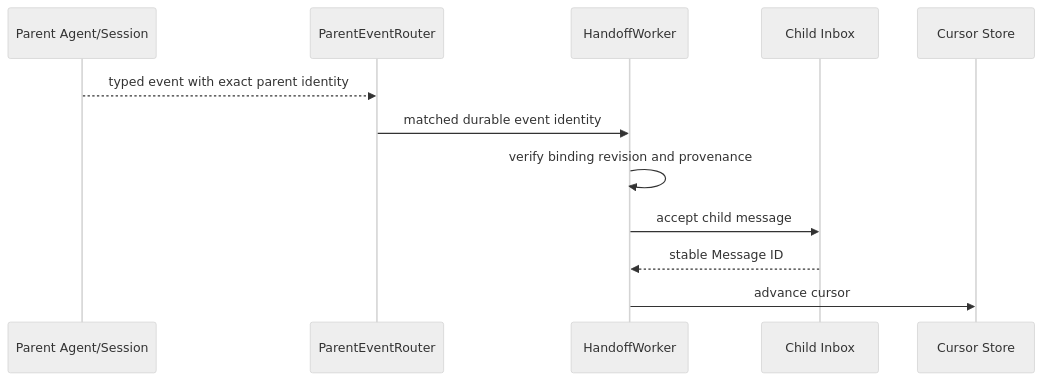
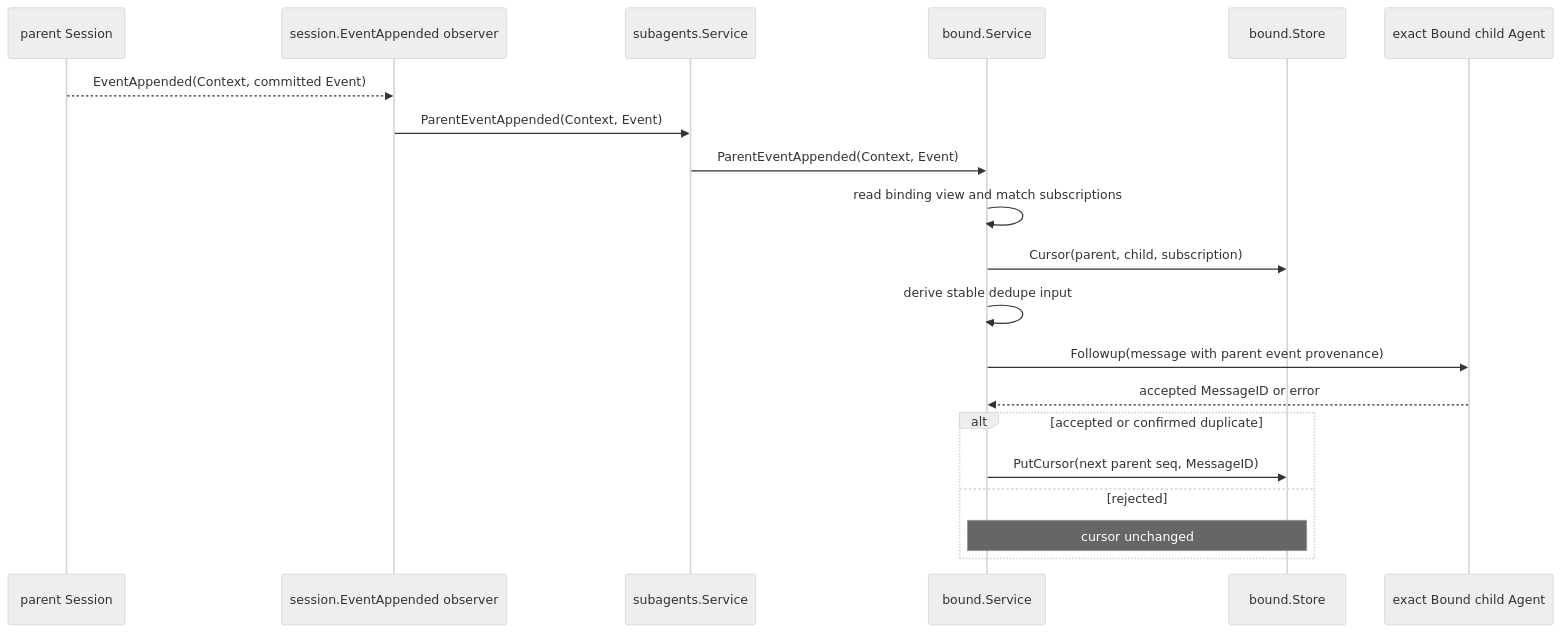
The fourth of 6 diagrams in subagent/docs/parent-bound-design.zh-CN.md (gorenx/goren), drawn with Mermaid (neutral theme) before and after one commit. The commit also changed other lines of this file and 14 other files, not shown here.

````diff
--- a/subagent/docs/parent-bound-design.zh-CN.md
+++ b/subagent/docs/parent-bound-design.zh-CN.md
@@ -202,15 +597,23 @@
 ```mermaid
 sequenceDiagram
-    participant P as Parent Agent/Session
-    participant R as ParentEventRouter
-    participant W as HandoffWorker
-    participant I as Child Inbox
-    participant C as Cursor Store
+    participant S as parent Session
+    participant O as session.EventAppended observer
+    participant U as subagents.Service
+    participant B as bound.Service
+    participant R as bound.Store
+    participant A as exact Bound child Agent
 
-    P-->>R: typed event with exact parent identity
-    R->>W: matched durable event identity
-    W->>W: verify binding revision and provenance
-    W->>I: accept child message
-    I-->>W: stable Message ID
-    W->>C: advance cursor
+    S-->>O: EventAppended(Context, committed Event)
+    O->>U: ParentEventAppended(Context, Event)
+    U->>B: ParentEventAppended(Context, Event)
+    B->>B: read binding view and match subscriptions
+    B->>R: Cursor(parent, child, subscription)
+    B->>B: derive stable dedupe input
+    B->>A: Followup(message with parent event provenance)
+    A-->>B: accepted MessageID or error
+    alt accepted or confirmed duplicate
+        B->>R: PutCursor(next parent seq, MessageID)
+    else rejected
+        Note over B,R: cursor unchanged
+    end
 ```
````
